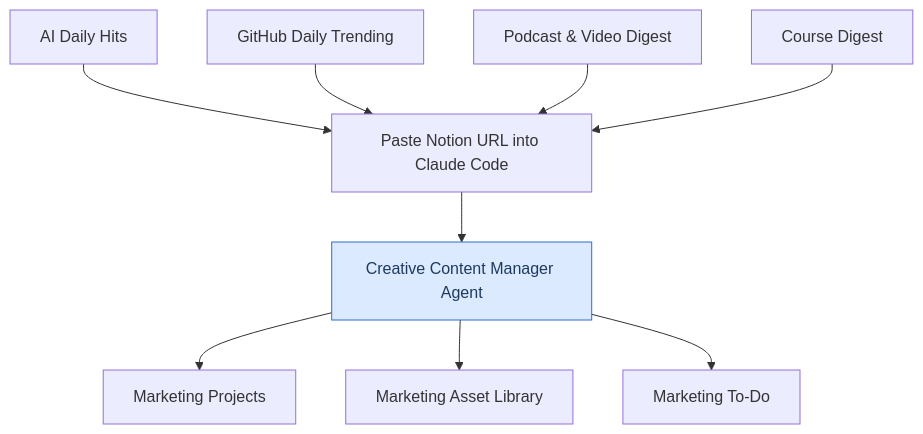
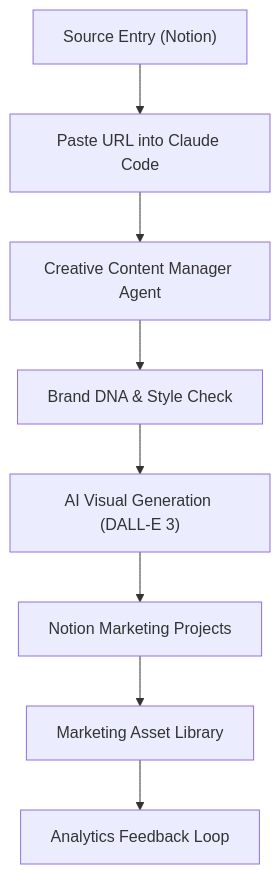
Before and after one commit to yingshill/brand_os: the diagram in README.md, drawn with Mermaid. The commit also changed other lines of this file and 41 other files, not shown here.

First line of the commit message:
Rename project from signal-to-asset to brand_os

````diff
--- a/README.md
+++ b/README.md
@@ -21,12 +21,10 @@
 ```mermaid
 graph TD
-    A["AI Daily Hits"] --> URL
-    B["GitHub Daily Trending"] --> URL
-    C["Podcast & Video Digest"] --> URL
-    D["Course Digest"] --> URL
-    URL["Paste Notion URL into Claude Code"] --> MM["Creative Content Manager Agent"]
-    MM --> P["Marketing Projects"]
-    MM --> AL["Marketing Asset Library"]
-    MM --> TD["Marketing To-Do"]
-    style MM fill:#dbeafe,color:#1e3a5f,stroke:#2d6fca
+    A["Source Entry (Notion)"] --> URL
+    URL["Paste URL into Claude Code"] --> MM["Creative Content Manager Agent"]
+    MM --> DNA["Brand DNA & Style Check"]
+    DNA --> VG["AI Visual Generation (DALL-E 3)"]
+    VG --> P["Notion Marketing Projects"]
+    P --> AL["Marketing Asset Library"]
+    AL --> AN["Analytics Feedback Loop"]
 ```
````
